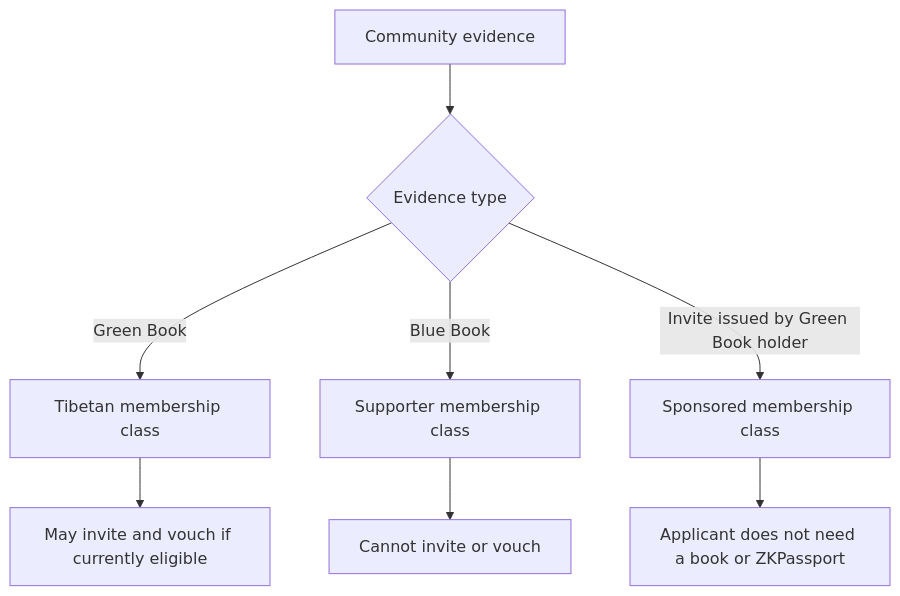
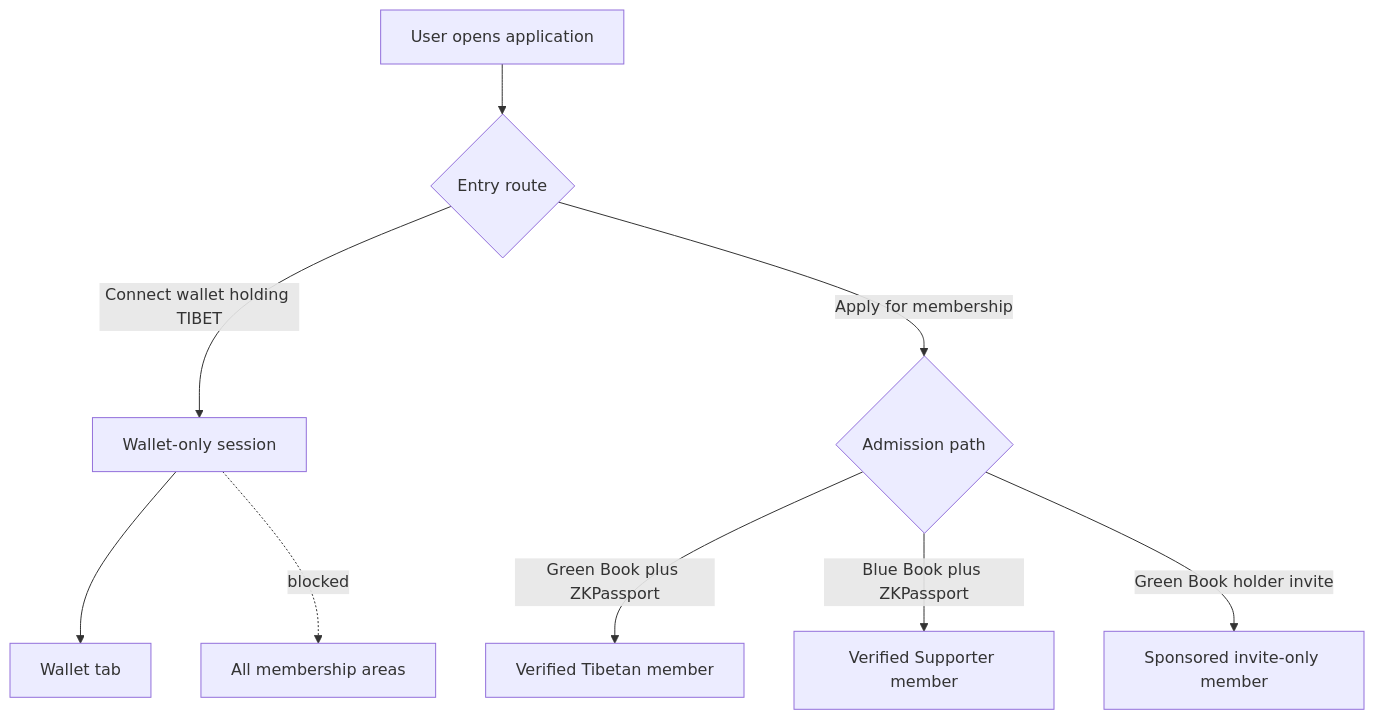
Before and after one commit to AlexJupiter/tibetan-id: the first of 6 diagrams in README.md, drawn with Mermaid. The commit also changed other lines of this file, not shown here.

Commit message:
Add wallet-only access and auditable verification

````diff
--- a/README.md
+++ b/README.md
@@ -36,11 +38,12 @@
 ```mermaid
 flowchart TD
-    A[Community evidence] --> B{Evidence type}
-    B -->|Green Book| C[Tibetan membership class]
-    B -->|Blue Book| D[Supporter membership class]
-    B -->|Invite issued by Green Book holder| E[Sponsored membership class]
+    A[User opens application] --> B{Entry route}
+    B -->|Connect wallet holding TIBET| C[Wallet-only session]
+    C --> D[Wallet tab]
+    C -. blocked .-> E[All membership areas]
 
-    C --> F[May invite and vouch if currently eligible]
-    D --> G[Cannot invite or vouch]
-    E --> H[Applicant does not need a book or ZKPassport]
+    B -->|Apply for membership| F{Admission path}
+    F -->|Green Book plus ZKPassport| G[Verified Tibetan member]
+    F -->|Blue Book plus ZKPassport| H[Verified Supporter member]
+    F -->|Green Book holder invite| I[Sponsored invite-only member]
 ```
````
